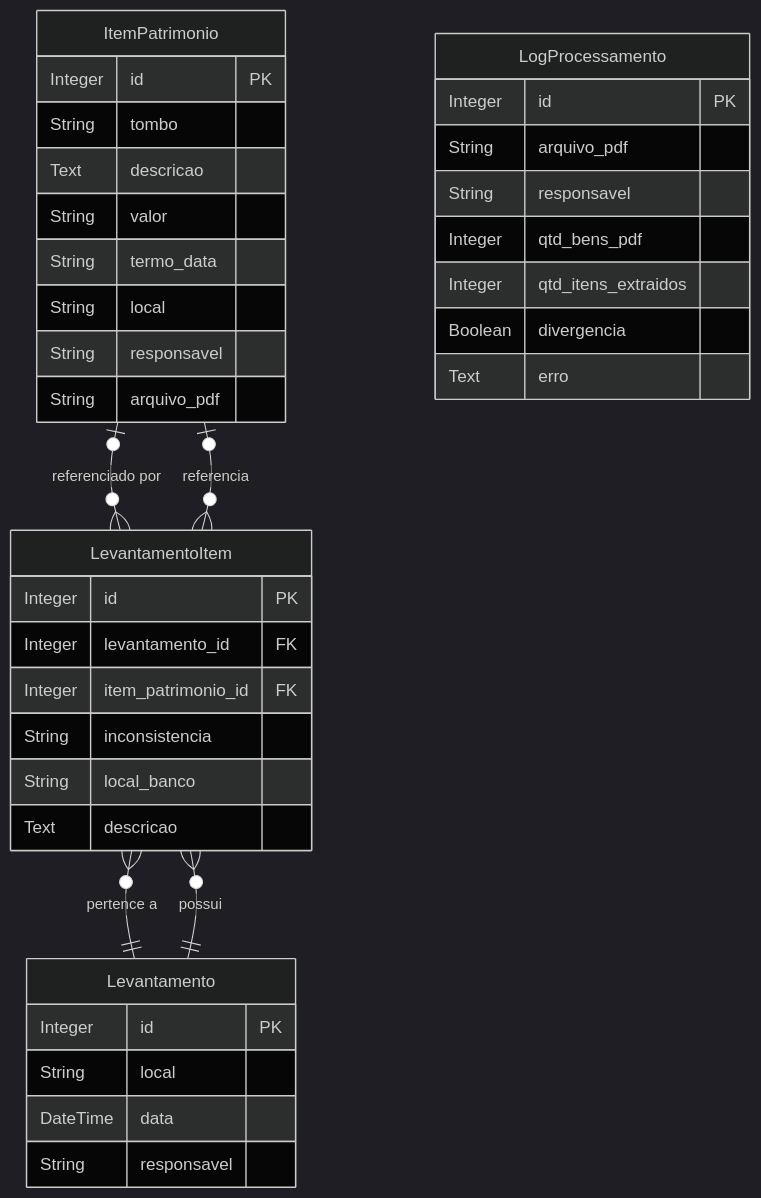
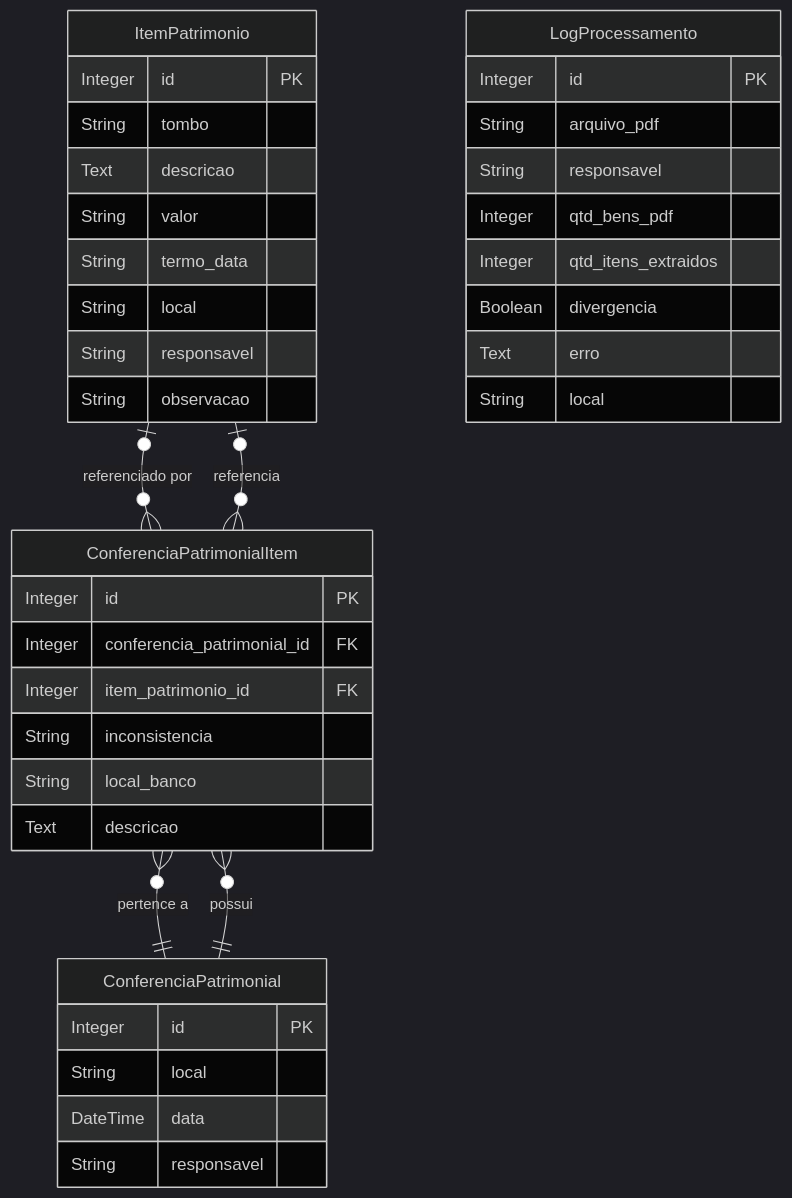
One commit to dacom-laboratorio-cm/utf-patrimonio changed the diagram in README.md. Above: the diagram before and after it, drawn with Mermaid (dark theme). The commit also changed other lines of this file and 16 other files, not shown here.

````diff
--- a/README.md
+++ b/README.md
@@ -127,40 +130,41 @@
 ```mermaid
 erDiagram
     ItemPatrimonio {
         Integer id PK
         String tombo
         Text descricao
         String valor
         String termo_data
         String local
         String responsavel
-        String arquivo_pdf
+        String observacao
     }
     LogProcessamento {
         Integer id PK
         String arquivo_pdf
         String responsavel
         Integer qtd_bens_pdf
         Integer qtd_itens_extraidos
         Boolean divergencia
         Text erro
+        String local
     }
-    Levantamento {
+    ConferenciaPatrimonial {
         Integer id PK
         String local
         DateTime data
         String responsavel
     }
-    LevantamentoItem {
+    ConferenciaPatrimonialItem {
         Integer id PK
-        Integer levantamento_id FK
+        Integer conferencia_patrimonial_id FK
         Integer item_patrimonio_id FK
         String inconsistencia
         String local_banco
         Text descricao
     }
-    Levantamento ||--o{ LevantamentoItem : "possui"
-    LevantamentoItem }o--|| Levantamento : "pertence a"
-    ItemPatrimonio |o--o{ LevantamentoItem : "referenciado por"
-    LevantamentoItem }o--o| ItemPatrimonio : "referencia"
+    ConferenciaPatrimonial ||--o{ ConferenciaPatrimonialItem : "possui"
+    ConferenciaPatrimonialItem }o--|| ConferenciaPatrimonial : "pertence a"
+    ItemPatrimonio |o--o{ ConferenciaPatrimonialItem : "referenciado por"
+    ConferenciaPatrimonialItem }o--o| ItemPatrimonio : "referencia"
 ```
````
